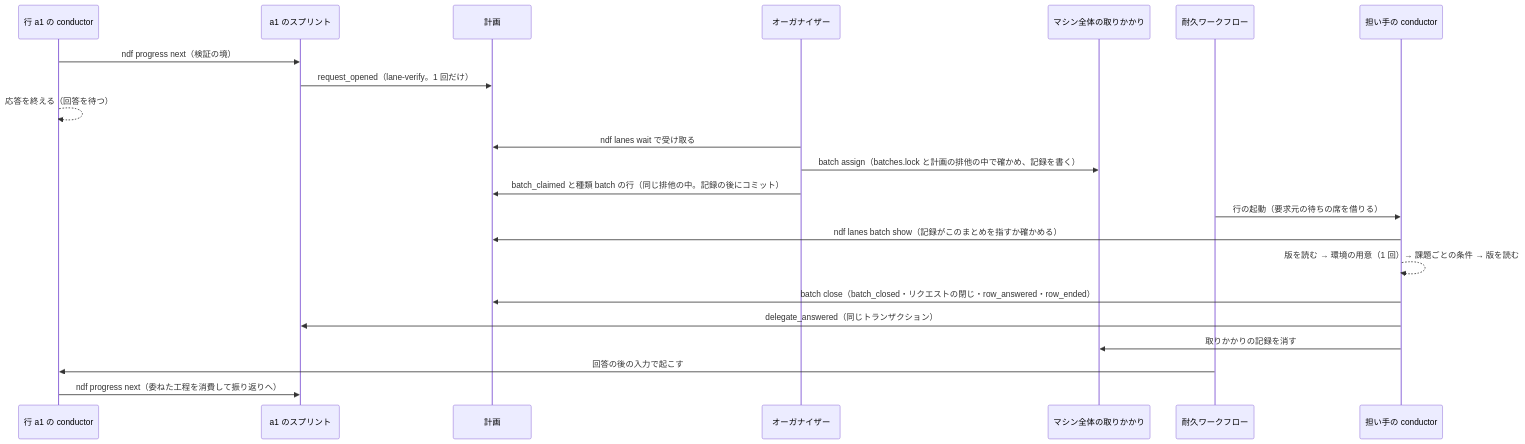
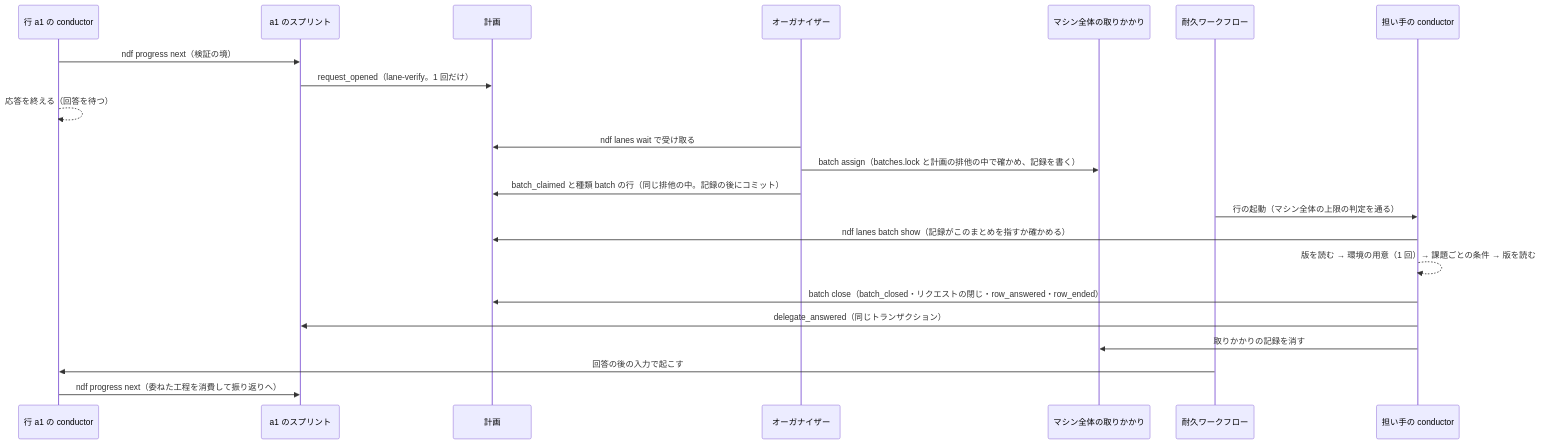
Before and after one commit to devbasex/ai-plugins: the third of 3 diagrams in issues/issue-4211-design.md, drawn with Mermaid. The commit also changed other lines of this file and 1 other file, not shown here.

````diff
--- a/issues/issue-4211-design.md
+++ b/issues/issue-4211-design.md
@@ -145,24 +144,24 @@
 ```mermaid
 sequenceDiagram
     participant A as 行 a1 の conductor
     participant S as a1 のスプリント
     participant P as 計画
     participant O as オーガナイザー
     participant M as マシン全体の取りかかり
     participant W as 耐久ワークフロー
     participant C as 担い手の conductor
     A->>S: ndf progress next（検証の境）
     S->>P: request_opened（lane-verify。1 回だけ）
     A-->>A: 応答を終える（回答を待つ）
     O->>P: ndf lanes wait で受け取る
     O->>M: batch assign（batches.lock と計画の排他の中で確かめ、記録を書く）
     O->>P: batch_claimed と種類 batch の行（同じ排他の中。記録の後にコミット）
-    W->>C: 行の起動（要求元の待ちの席を借りる）
+    W->>C: 行の起動（マシン全体の上限の判定を通る）
     C->>P: ndf lanes batch show（記録がこのまとめを指すか確かめる）
     C-->>C: 版を読む → 環境の用意（1 回）→ 課題ごとの条件 → 版を読む
     C->>P: batch close（batch_closed・リクエストの閉じ・row_answered・row_ended）
     C->>S: delegate_answered（同じトランザクション）
     C->>M: 取りかかりの記録を消す
     W->>A: 回答の後の入力で起こす
     A->>S: ndf progress next（委ねた工程を消費して振り返りへ）
 ```
````
